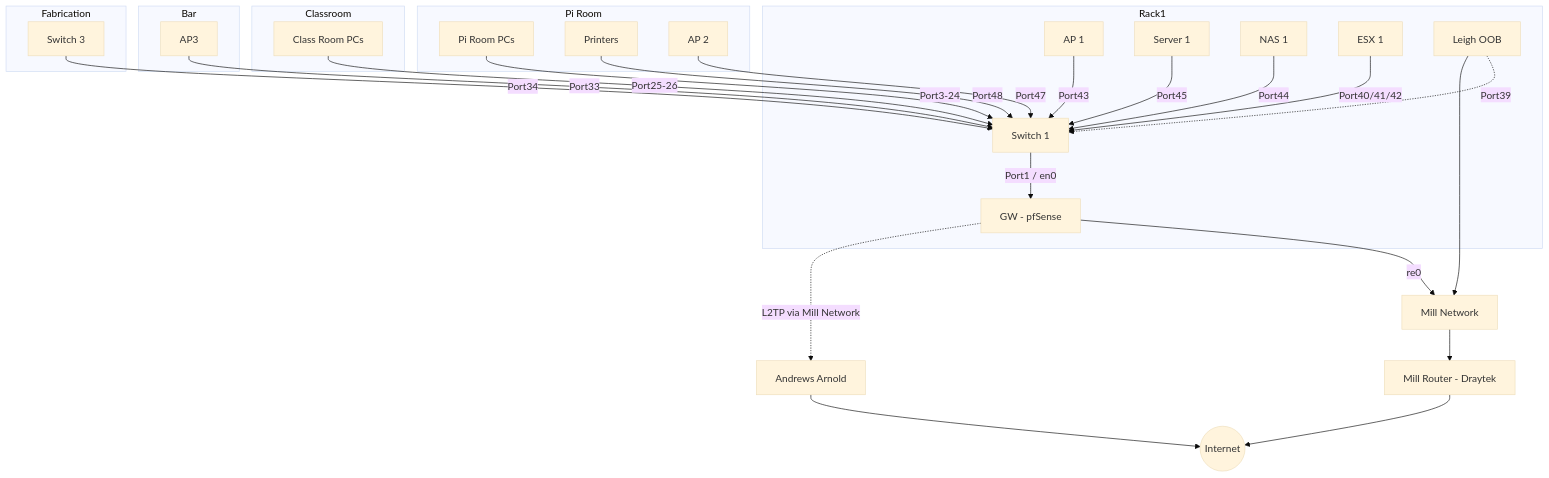
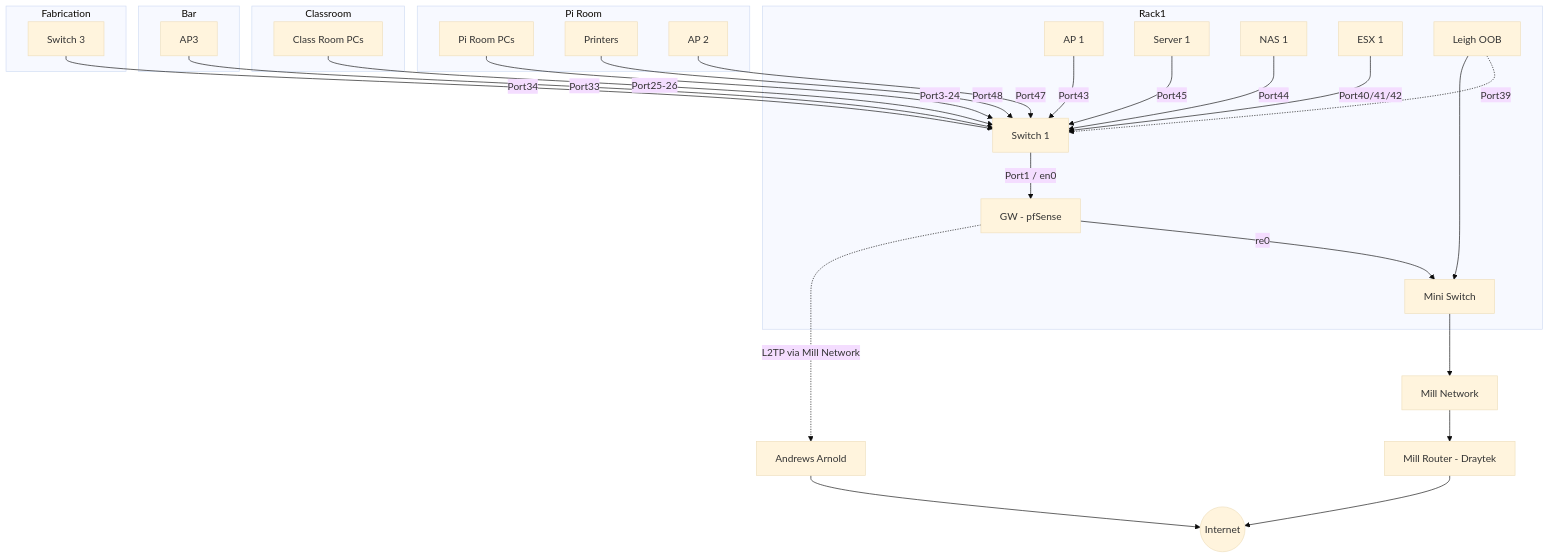
One commit to leigh-hackspace/HackspaceWiki changed the first of 2 diagrams in docs/infrastructure/network_layout.md. Above: the diagram before and after it, drawn with Mermaid (base theme). The commit also changed other lines of this file, not shown here.

````diff
--- a/docs/infrastructure/network_layout.md
+++ b/docs/infrastructure/network_layout.md
@@ -7,36 +7,38 @@
 ```mermaid
 graph 
     subgraph Rack1
     GW[GW - pfSense] 
     AP[AP 1] -->|Port43| SWITCH1
     SWITCH1[Switch 1] -->|Port1 / en0| GW
     SERVER1[Server 1] -->|Port45| SWITCH1
     NAS1[NAS 1] --> |Port44| SWITCH1
     ESX1[ESX 1] --> |Port40/41/42| SWITCH1
     LEIGHOOB[Leigh OOB] -.-> |Port39| SWITCH1
+    MINISWITCH[Mini Switch]
     end
 
-    LEIGHOOB --> MILL
-    GW -->|re0| MILL
+    LEIGHOOB --> MINISWITCH
+    GW -->|re0| MINISWITCH
+    MINISWITCH --> MILL
     GW -. L2TP via Mill Network .-> AAISP
     MILL[Mill Network] --> MILLROUTER[Mill Router - Draytek] --> INTERNET((Internet))
     AAISP[Andrews Arnold] --> INTERNET
     
     subgraph Pi Room
     PIROOMPC[Pi Room PCs] -->|Port3-24| SWITCH1
     PRINTERS[Printers] -->|Port48| SWITCH1
     PIROOMAP[AP 2] --> |Port47| SWITCH1
     end
 
     subgraph Classroom
     CLASSROOMPC[Class Room PCs] -->|Port25-26| SWITCH1
     end
     
     subgraph Bar
     AP3[AP3] -->|Port33| SWITCH1
     end
     
     subgraph Fabrication
     SWITCH3[Switch 3] -->|Port34| SWITCH1
     end
 ```
````
